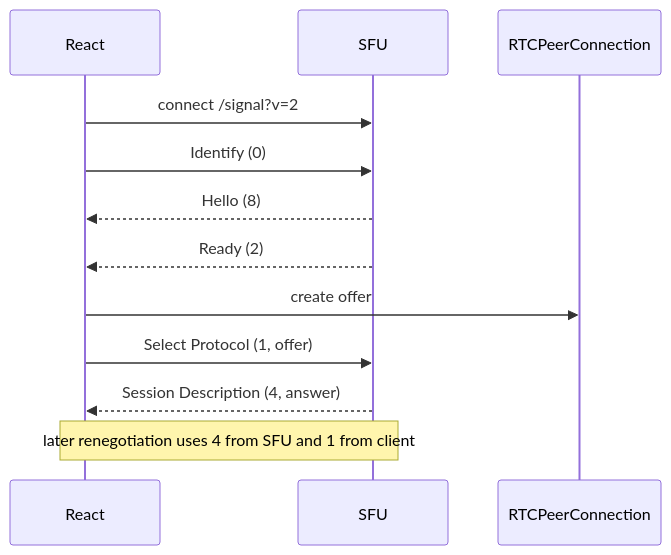
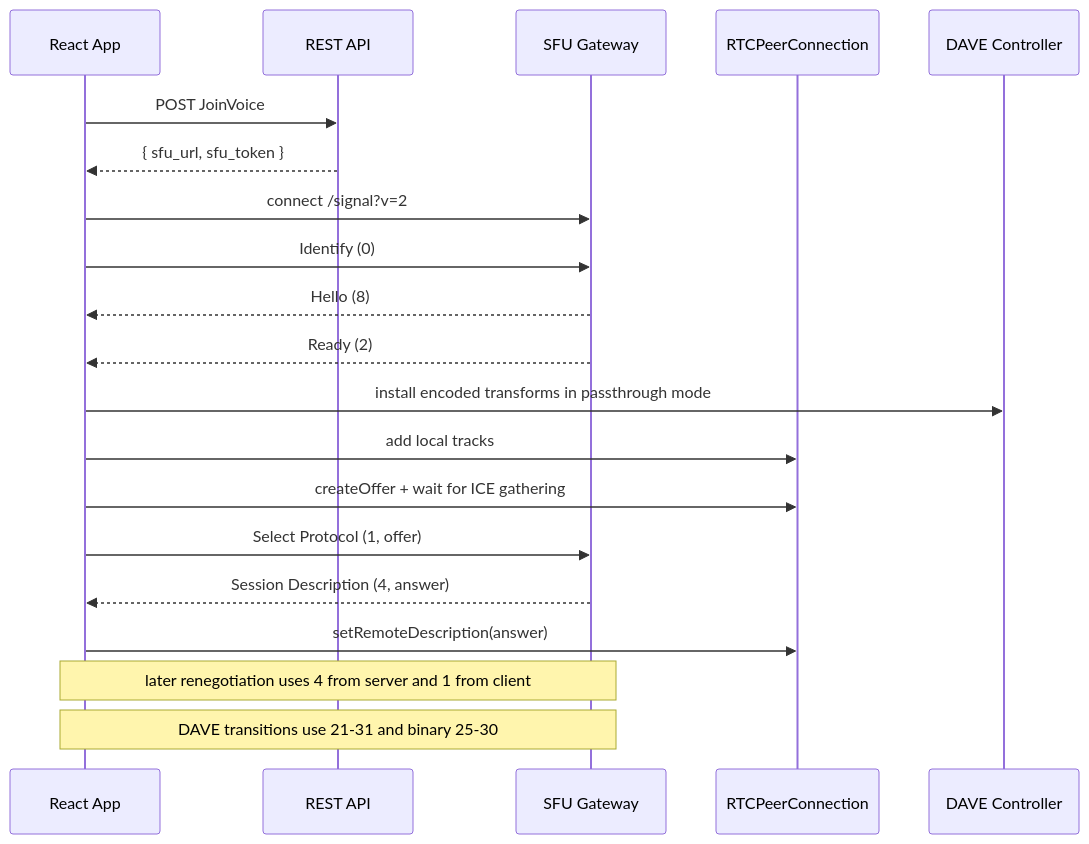
Before and after one commit to FlameInTheDark/gochat: the first of 2 diagrams in docs/project/voice/SFUReactIntegration.md, drawn with Mermaid. The commit also changed other lines of this file and 10 other files, not shown here.

Commit message:
feat: SFU v2 and DAVE integration documentation

````diff
--- a/docs/project/voice/SFUReactIntegration.md
+++ b/docs/project/voice/SFUReactIntegration.md
@@ -39,15 +60,23 @@
 ```mermaid
 sequenceDiagram
-    participant React
-    participant SFU
+    participant React as React App
+    participant API as REST API
+    participant WS as SFU Gateway
     participant PC as RTCPeerConnection
+    participant DAVE as DAVE Controller
 
-    React->>SFU: connect /signal?v=2
-    React->>SFU: Identify (0)
-    SFU-->>React: Hello (8)
-    SFU-->>React: Ready (2)
-    React->>PC: create offer
-    React->>SFU: Select Protocol (1, offer)
-    SFU-->>React: Session Description (4, answer)
-    Note over React,SFU: later renegotiation uses 4 from SFU and 1 from client
+    React->>API: POST JoinVoice
+    API-->>React: { sfu_url, sfu_token }
+    React->>WS: connect /signal?v=2
+    React->>WS: Identify (0)
+    WS-->>React: Hello (8)
+    WS-->>React: Ready (2)
+    React->>DAVE: install encoded transforms in passthrough mode
+    React->>PC: add local tracks
+    React->>PC: createOffer + wait for ICE gathering
+    React->>WS: Select Protocol (1, offer)
+    WS-->>React: Session Description (4, answer)
+    React->>PC: setRemoteDescription(answer)
+    Note over React,WS: later renegotiation uses 4 from server and 1 from client
+    Note over React,WS: DAVE transitions use 21-31 and binary 25-30
 ```
````
